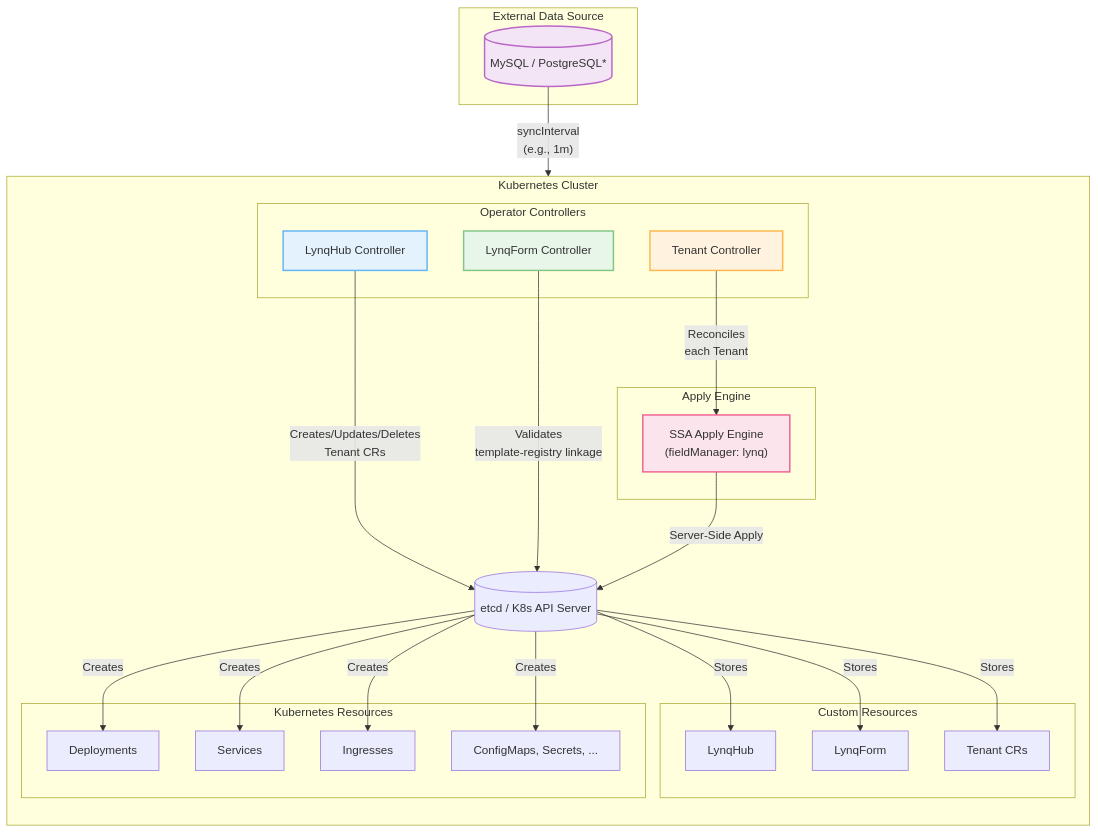
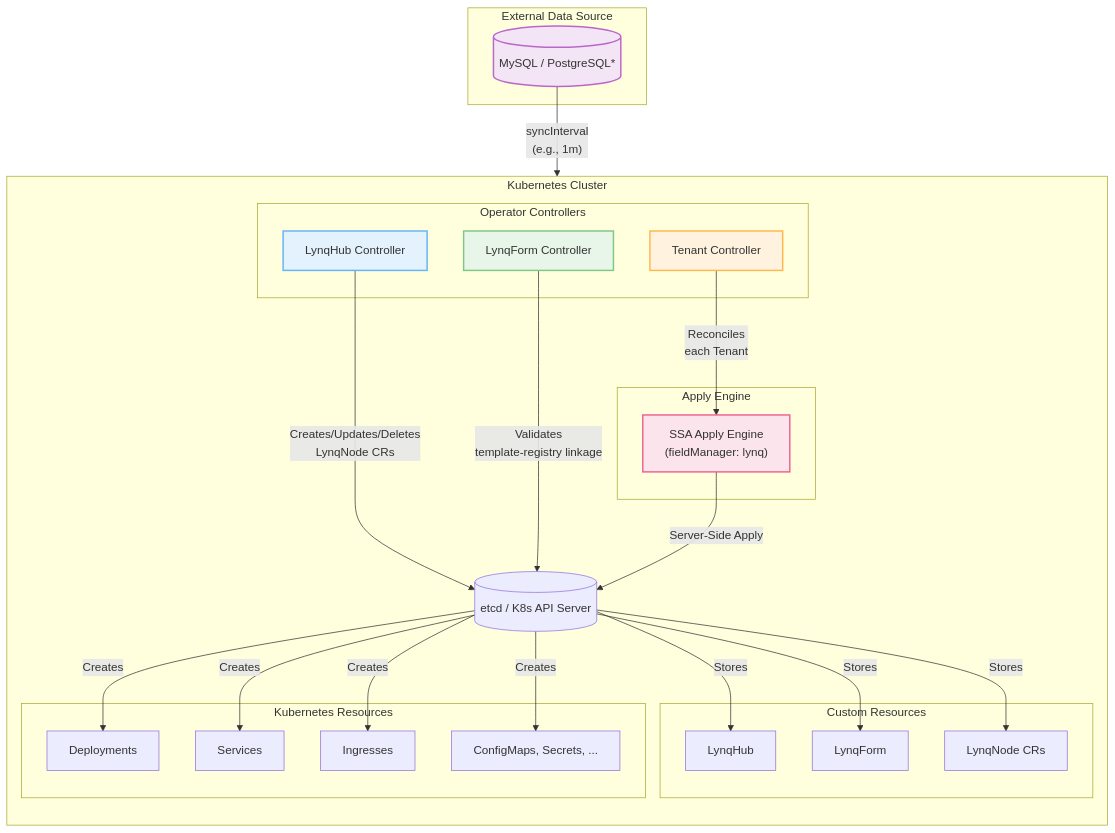
One commit to kubernetes-tenants/tenant-operator changed the first of 2 diagrams in docs/architecture.md. Above: the diagram before and after it, drawn with Mermaid. The commit also changed other lines of this file and 20 other files, not shown here.

Commit message:
Update documentation to use LynqNode instead of Tenant

````diff
--- a/docs/architecture.md
+++ b/docs/architecture.md
@@ -7,56 +7,56 @@
 ```mermaid
 flowchart TB
     subgraph External["External Data Source"]
         DB[(MySQL / PostgreSQL*)]
     end
 
     subgraph Cluster["Kubernetes Cluster"]
         direction TB
 
         subgraph Controllers["Operator Controllers"]
             RC[LynqHub Controller]
             TC[LynqForm Controller]
             TNC[Tenant Controller]
         end
 
         subgraph CRDs["Custom Resources"]
             TR[LynqHub]
             TT[LynqForm]
-            T[Tenant CRs]
+            T[LynqNode CRs]
         end
 
         subgraph Engine["Apply Engine"]
             SSA["SSA Apply Engine<br/>(fieldManager: lynq)"]
         end
 
         subgraph Resources["Kubernetes Resources"]
             DEP[Deployments]
             SVC[Services]
             ING[Ingresses]
             etc[ConfigMaps, Secrets, ...]
         end
 
         API[(etcd / K8s API Server)]
     end
 
     DB -->|"syncInterval<br/>(e.g., 1m)"| RC
-    RC -->|"Creates/Updates/Deletes<br/>Tenant CRs"| API
+    RC -->|"Creates/Updates/Deletes<br/>LynqNode CRs"| API
     API -->|"Stores"| TR
     API -->|"Stores"| TT
     API -->|"Stores"| T
 
     TC -->|"Validates<br/>template-registry linkage"| API
     TNC -->|"Reconciles<br/>each Tenant"| SSA
     SSA -->|"Server-Side Apply"| API
 
     API -->|"Creates"| DEP
     API -->|"Creates"| SVC
     API -->|"Creates"| ING
     API -->|"Creates"| etc
 
     style RC fill:#e3f2fd,stroke:#64b5f6,stroke-width:2px
     style TC fill:#e8f5e9,stroke:#81c784,stroke-width:2px
     style TNC fill:#fff3e0,stroke:#ffb74d,stroke-width:2px
     style SSA fill:#fce4ec,stroke:#f06292,stroke-width:2px
     style DB fill:#f3e5f5,stroke:#ba68c8,stroke-width:2px
 ```
````
